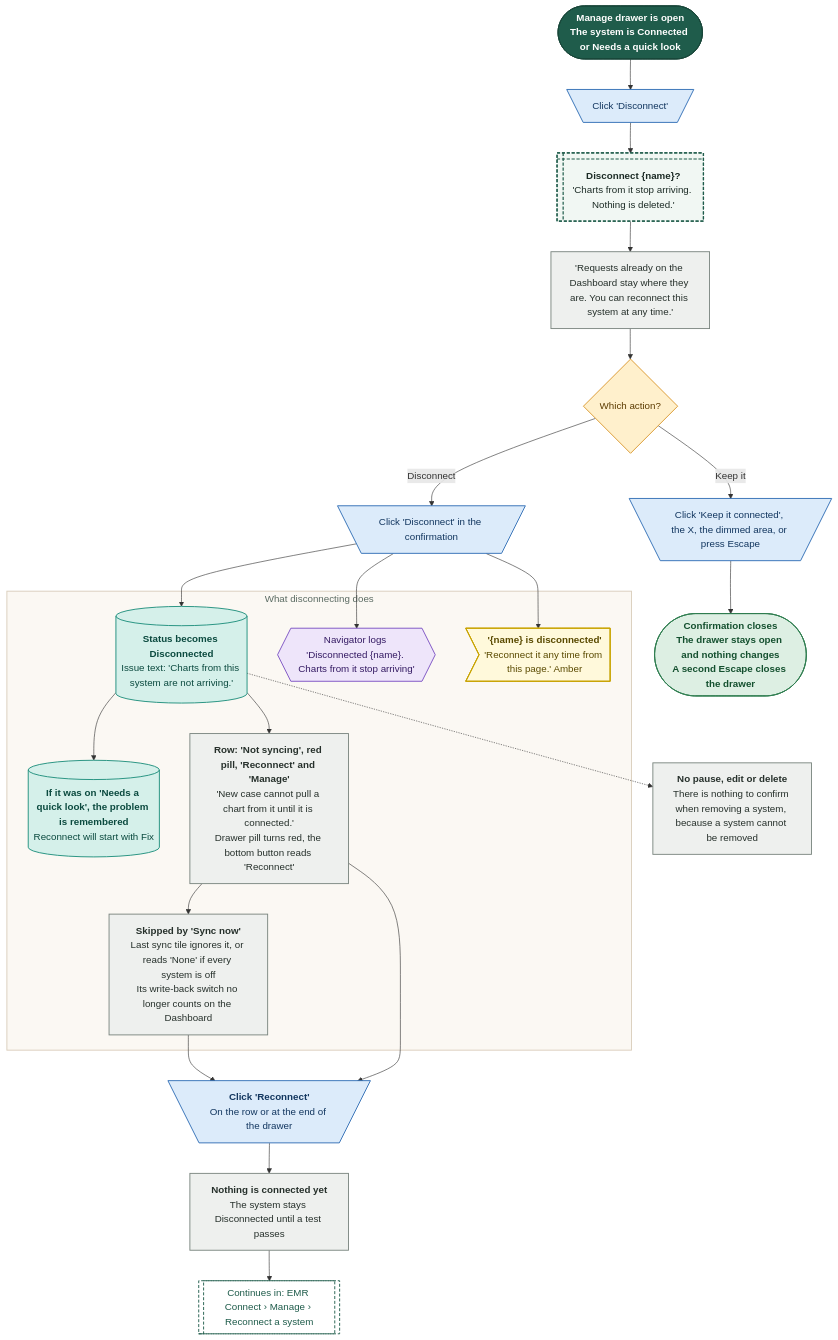
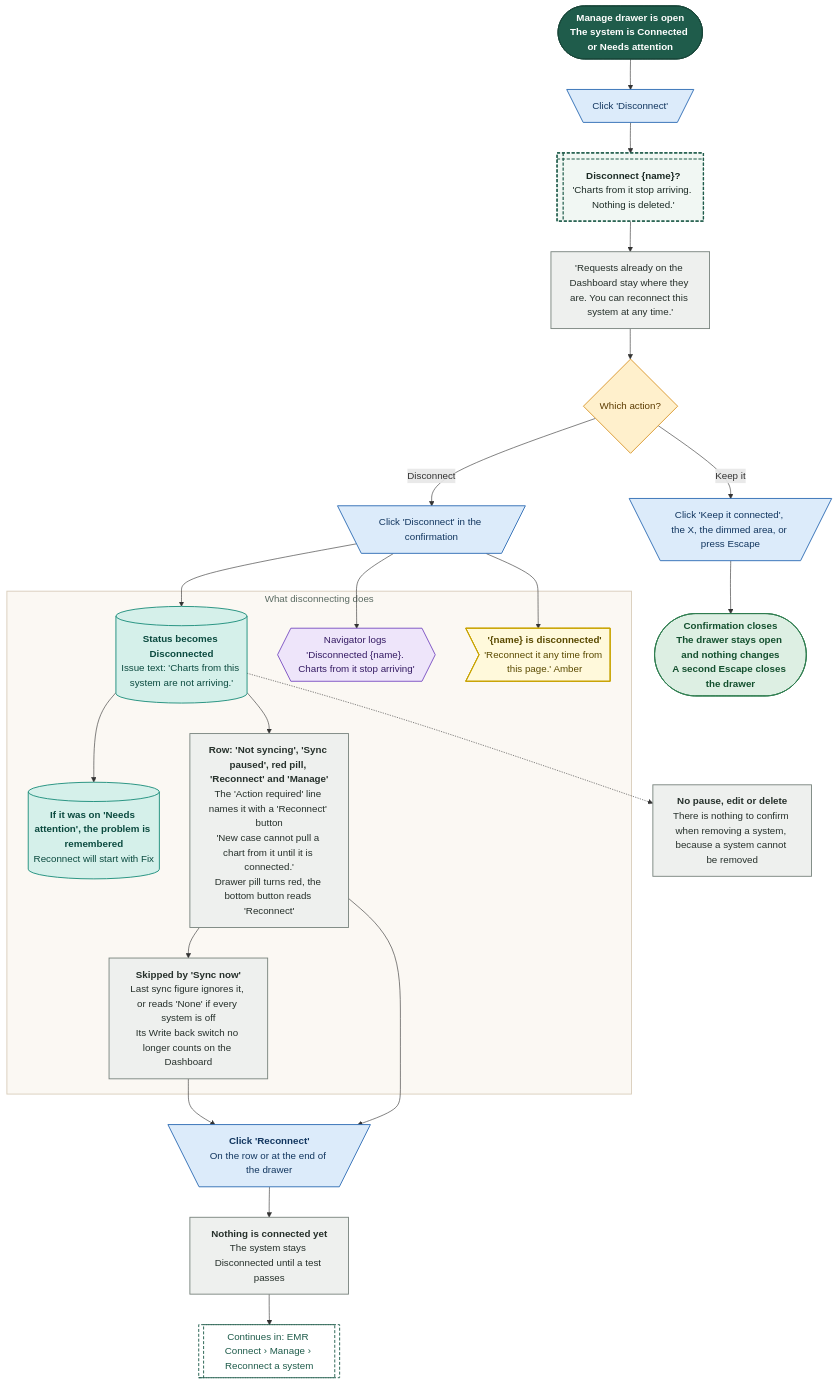
Diagram 18 of 20 in demos/prior-auth-demo/workflows/out/md/09-emr-connect.md (Shrav143/psyfloapp), drawn with Mermaid before and after one commit. The commit also changed other lines of this file and 192 other files, not shown here.

First line of the commit message:
docs: changelog by sidebar tab; README, diagrams and Settings layout aligned with the refinement; shared InfoTip; referral cost-share line

````diff
--- a/demos/prior-auth-demo/workflows/out/md/09-emr-connect.md
+++ b/demos/prior-auth-demo/workflows/out/md/09-emr-connect.md
@@ -1287,61 +1412,61 @@
 ```mermaid
 %%{init: {"theme":"base","themeVariables":{"fontFamily":"'DM Sans', 'Segoe UI', system-ui, sans-serif","fontSize":"15px","lineColor":"#5B6B63","primaryTextColor":"#1C2B25","clusterBkg":"#FBF8F3","clusterBorder":"#D9CDBB","edgeLabelBackground":"#FFFFFF"},"flowchart":{"curve":"basis","nodeSpacing":36,"rankSpacing":48,"padding":12,"htmlLabels":true,"useMaxWidth":false,"wrappingWidth":230}} }%%
 flowchart TD
   classDef k_start fill:#1F5C4B,stroke:#174638,color:#FFFFFF,stroke-width:1.5px,font-weight:600
   classDef k_end fill:#DDEFE3,stroke:#2E7D4F,color:#14502F,stroke-width:1.5px,font-weight:600
   classDef k_endx fill:#FBE3E0,stroke:#C0392B,color:#7A1F16,stroke-width:1.5px,font-weight:600
   classDef k_screen fill:#FFFDF8,stroke:#1F5C4B,color:#1C2B25,stroke-width:2px
   classDef k_overlay fill:#F1F7F3,stroke:#1F5C4B,color:#1C2B25,stroke-width:2px,stroke-dasharray:5 3
   classDef k_click fill:#DCEBFA,stroke:#2F6DB5,color:#12365F,stroke-width:1.5px
   classDef k_input fill:#E4E7FF,stroke:#4C5FD5,color:#1D2670,stroke-width:1.5px
   classDef k_process fill:#EEF0EE,stroke:#7A857F,color:#26302B,stroke-width:1.5px
   classDef k_agent fill:#EEE5FA,stroke:#7A4FC2,color:#341A63,stroke-width:1.5px
   classDef k_decision fill:#FFF0CC,stroke:#D9962B,color:#5C3B00,stroke-width:1.5px
   classDef k_store fill:#D5F0EA,stroke:#1C8E7B,color:#0B4A3F,stroke-width:1.5px
   classDef k_doc fill:#F6E9DC,stroke:#B07A4C,color:#4A2E14,stroke-width:1.5px
   classDef k_ext fill:#FFE6D2,stroke:#E07B39,color:#6B2F06,stroke-width:1.5px
   classDef k_wait fill:#E4E8EE,stroke:#6B7C93,color:#26303D,stroke-width:1.5px
   classDef k_toast fill:#FFF9DB,stroke:#C9A400,color:#5A4A00,stroke-width:1.5px
   classDef k_goto fill:#FFFFFF,stroke:#1F5C4B,color:#1F5C4B,stroke-width:1.5px,stroke-dasharray:5 3
-  s1@{ shape: stadium, label: "<b>Manage drawer is open</b><br/>The system is Connected or Needs a quick look" }
+  s1@{ shape: stadium, label: "<b>Manage drawer is open</b><br/>The system is Connected or Needs attention" }
   c1@{ shape: trap-t, label: "Click 'Disconnect'" }
   o1@{ shape: win-pane, label: "<b>Disconnect {name}?</b><br/>'Charts from it stop arriving. Nothing is deleted.'" }
   p1@{ shape: rect, label: "'Requests already on the Dashboard stay where they are. You can reconnect this system at any time.'" }
   q1@{ shape: diam, label: "Which action?" }
   k1@{ shape: trap-t, label: "Click 'Keep it connected', the X, the dimmed area, or press Escape" }
   k3@{ shape: trap-t, label: "Click 'Disconnect' in the confirmation" }
   e1@{ shape: stadium, label: "<b>Confirmation closes</b><br/>The drawer stays open and nothing changes<br/>A second Escape closes the drawer" }
   subgraph gOff ["What disconnecting does"]
   a1@{ shape: cyl, label: "<b>Status becomes Disconnected</b><br/>Issue text: 'Charts from this system are not arriving.'" }
-  a6@{ shape: cyl, label: "<b>If it was on 'Needs a quick look', the problem is remembered</b><br/>Reconnect will start with Fix" }
+  a6@{ shape: cyl, label: "<b>If it was on 'Needs attention', the problem is remembered</b><br/>Reconnect will start with Fix" }
   a2@{ shape: hex, label: "Navigator logs 'Disconnected {name}. Charts from it stop arriving'" }
   a3@{ shape: odd, label: "<b>'{name} is disconnected'</b><br/>'Reconnect it any time from this page.' Amber" }
-  a4@{ shape: rect, label: "<b>Row: 'Not syncing', red pill, 'Reconnect' and 'Manage'</b><br/>'New case cannot pull a chart from it until it is connected.'<br/>Drawer pill turns red, the bottom button reads 'Reconnect'" }
-  a5@{ shape: rect, label: "<b>Skipped by 'Sync now'</b><br/>Last sync tile ignores it, or reads 'None' if every system is off<br/>Its write-back switch no longer counts on the Dashboard" }
+  a4@{ shape: rect, label: "<b>Row: 'Not syncing', 'Sync paused', red pill, 'Reconnect' and 'Manage'</b><br/>The 'Action required' line names it with a 'Reconnect' button<br/>'New case cannot pull a chart from it until it is connected.'<br/>Drawer pill turns red, the bottom button reads 'Reconnect'" }
+  a5@{ shape: rect, label: "<b>Skipped by 'Sync now'</b><br/>Last sync figure ignores it, or reads 'None' if every system is off<br/>Its Write back switch no longer counts on the Dashboard" }
   end
   r1@{ shape: trap-t, label: "<b>Click 'Reconnect'</b><br/>On the row or at the end of the drawer" }
   r2@{ shape: rect, label: "<b>Nothing is connected yet</b><br/>The system stays Disconnected until a test passes" }
   g2@{ shape: subproc, label: "Continues in: EMR Connect › Manage › Reconnect a system" }
   n1@{ shape: rect, label: "<b>No pause, edit or delete</b><br/>There is nothing to confirm when removing a system, because a system cannot be removed" }
   s1 --> c1 --> o1 --> p1 --> q1
   q1 -->|"Keep it"| k1 --> e1
   q1 -->|"Disconnect"| k3
   k3 --> a1 & a2 & a3
   a1 --> a6
   a1 --> a4 --> a5
   a5 --> r1
   a4 --> r1
   r1 --> r2 --> g2
   a1 -.-> n1
   class s1 k_start
   class c1,k1,k3,r1 k_click
   class o1 k_overlay
   class p1,a4,a5,r2,n1 k_process
   class q1 k_decision
   class e1 k_end
   class a1,a6 k_store
   class a2 k_agent
   class a3 k_toast
   class g2 k_goto
   style gOff fill:#FBF8F3,stroke:#D9CDBB,stroke-width:1.5px,color:#5B6B63
 ```
````
